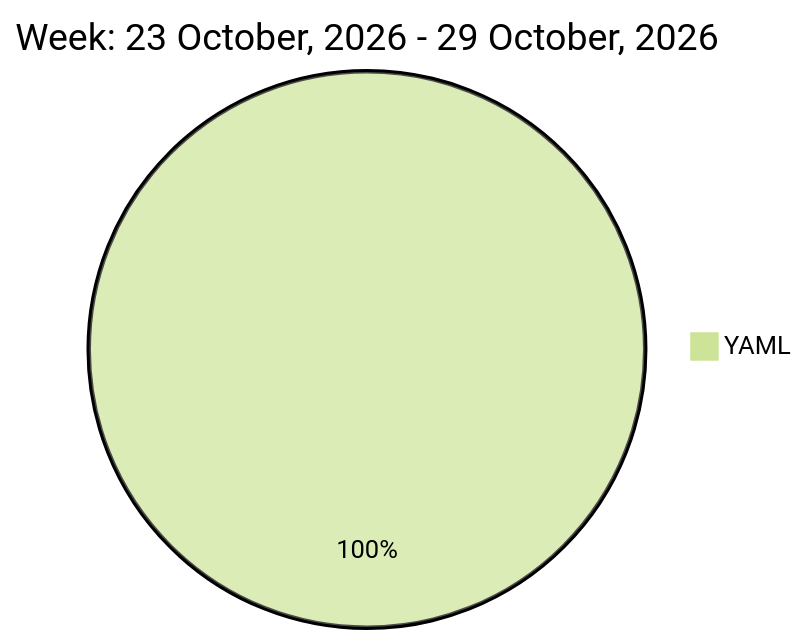
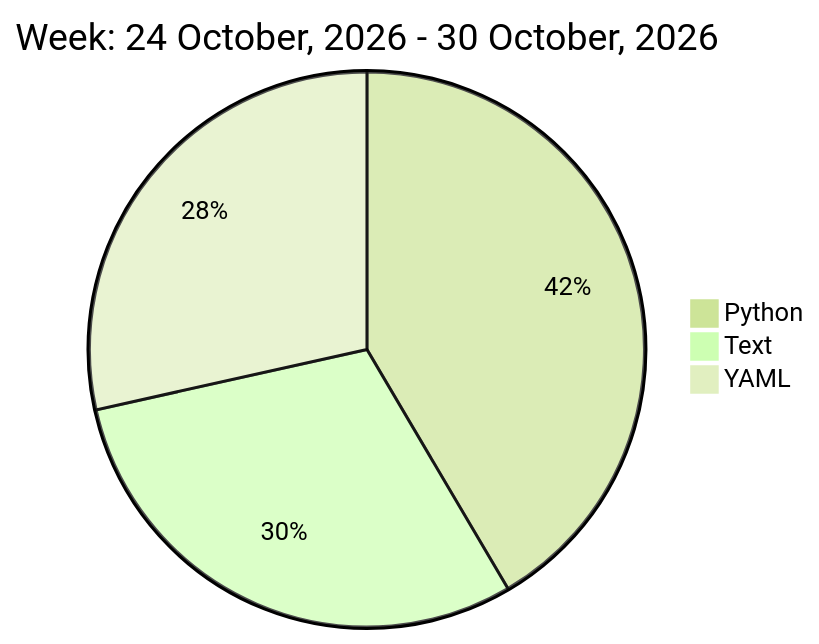
One commit to liubin95/liubin95 changed the diagram in README.md. Above: the diagram before and after it, drawn with Mermaid (forest theme).

Commit message:
Updated the Graph with new Metrics

````diff
--- a/README.md
+++ b/README.md
@@ -32,5 +32,7 @@
 ```mermaid
  pie
-title Week: 23 October, 2026 - 29 October, 2026
- "YAML" : 4.03
+title Week: 24 October, 2026 - 30 October, 2026
+ "Python" : 3.6
+ "Text" : 2.6
+ "YAML" : 2.47
 ```
````
